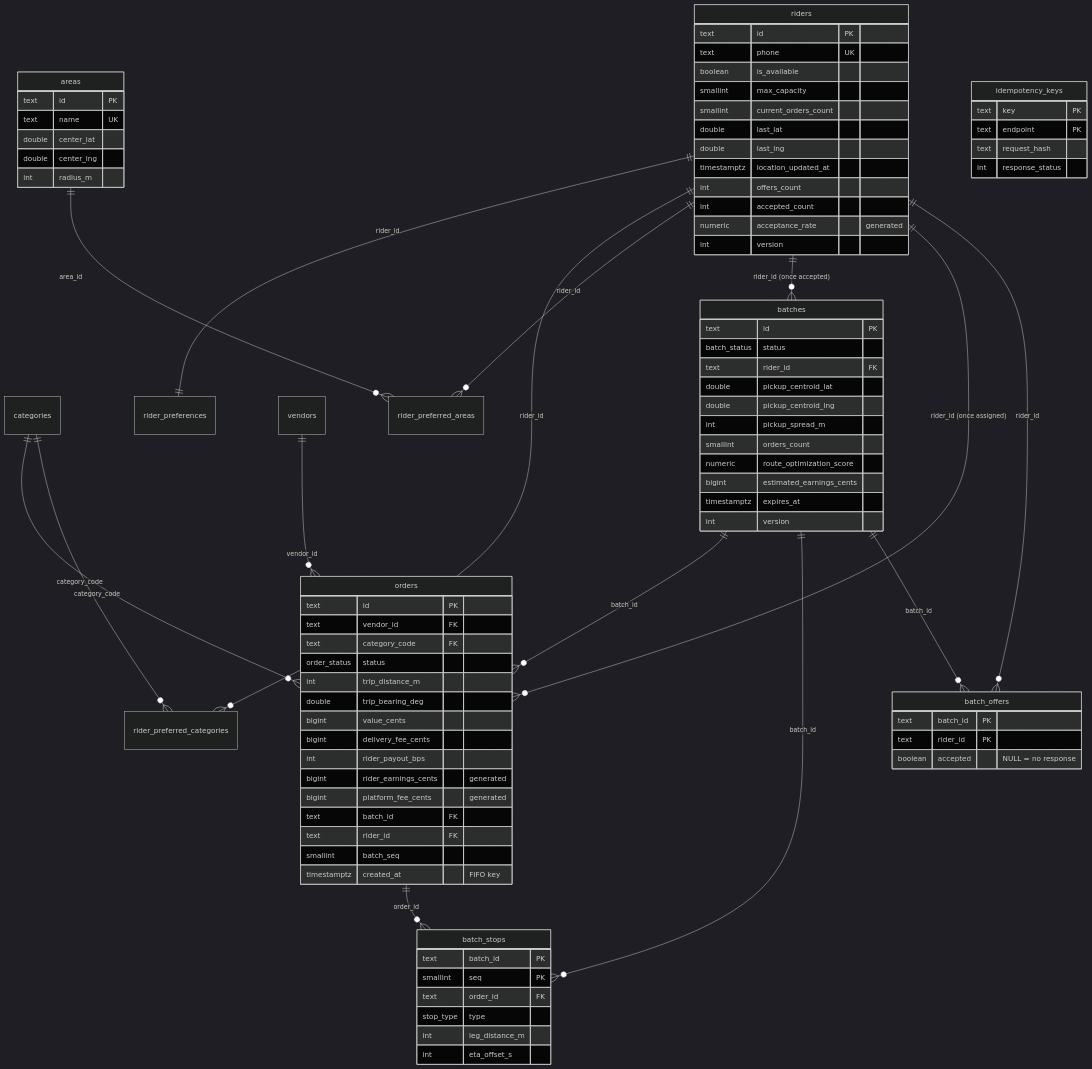
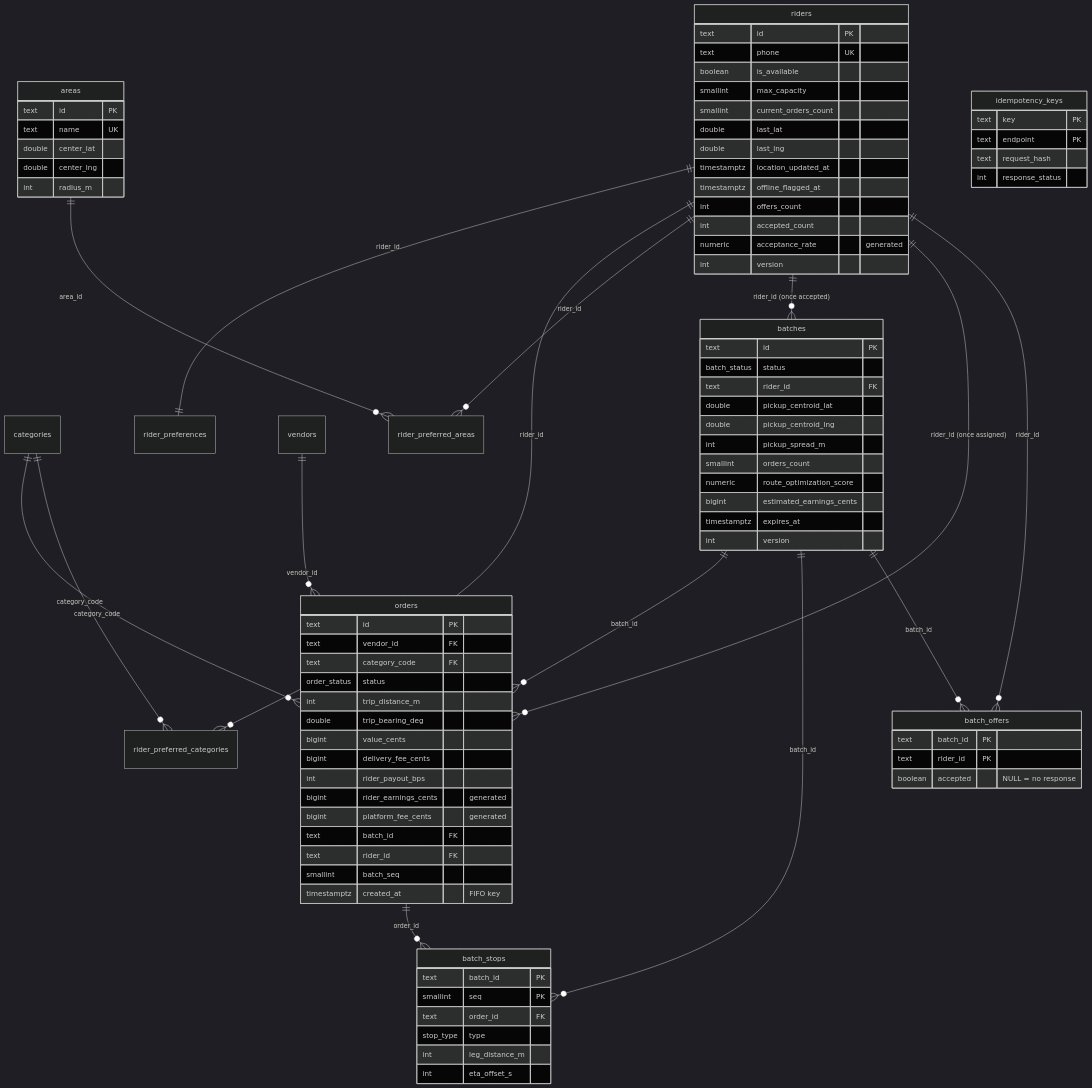
Before and after one commit to codercollo/zemi-fleet: the fourth of 4 diagrams in docs/DOCUMENTATION.md, drawn with Mermaid (dark theme). The commit also changed other lines of this file and 31 other files, not shown here.

```diff
--- a/docs/DOCUMENTATION.md
+++ b/docs/DOCUMENTATION.md
@@ -1242,6 +1246,7 @@
         double last_lat
         double last_lng
         timestamptz location_updated_at
+        timestamptz offline_flagged_at
         int offers_count
         int accepted_count
         numeric acceptance_rate "generated"
```
